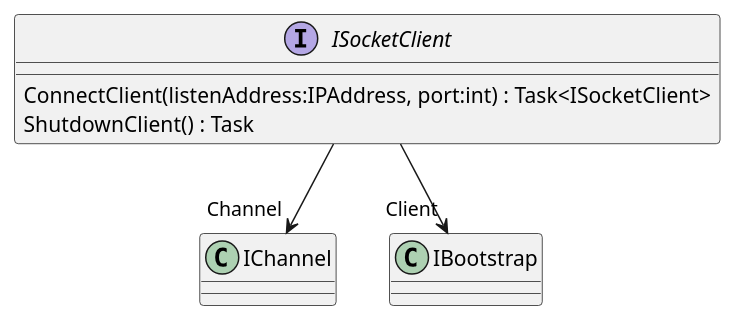
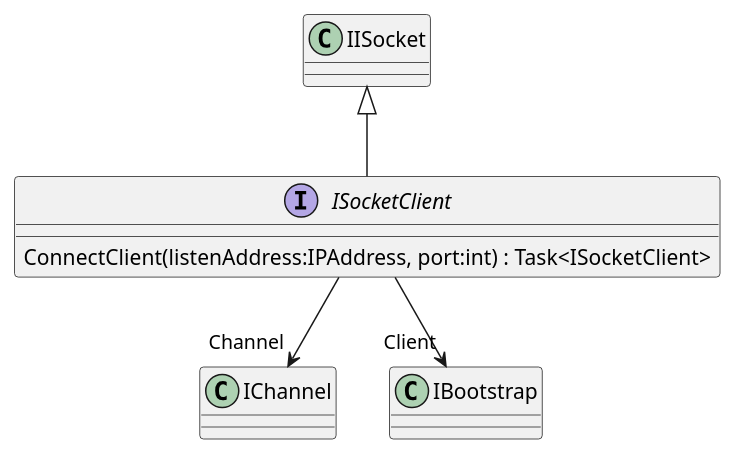
Before and after one commit to catalyst-network/Catalyst: the diagram in Documentation/UML/Catalyst.Node.Common/Interfaces/ISocketClient.puml, drawn with PlantUML. The commit also changed 25 other files, not shown here.

```diff
--- a/Documentation/UML/Catalyst.Node.Common/Interfaces/ISocketClient.puml
+++ b/Documentation/UML/Catalyst.Node.Common/Interfaces/ISocketClient.puml
@@ -1,8 +1,8 @@
 @startuml
 interface ISocketClient {
     ConnectClient(listenAddress:IPAddress, port:int) : Task<ISocketClient>
-    ShutdownClient() : Task
 }
+IISocket <|-- ISocketClient
 ISocketClient --> "Channel" IChannel
 ISocketClient --> "Client" IBootstrap
 @enduml
```
